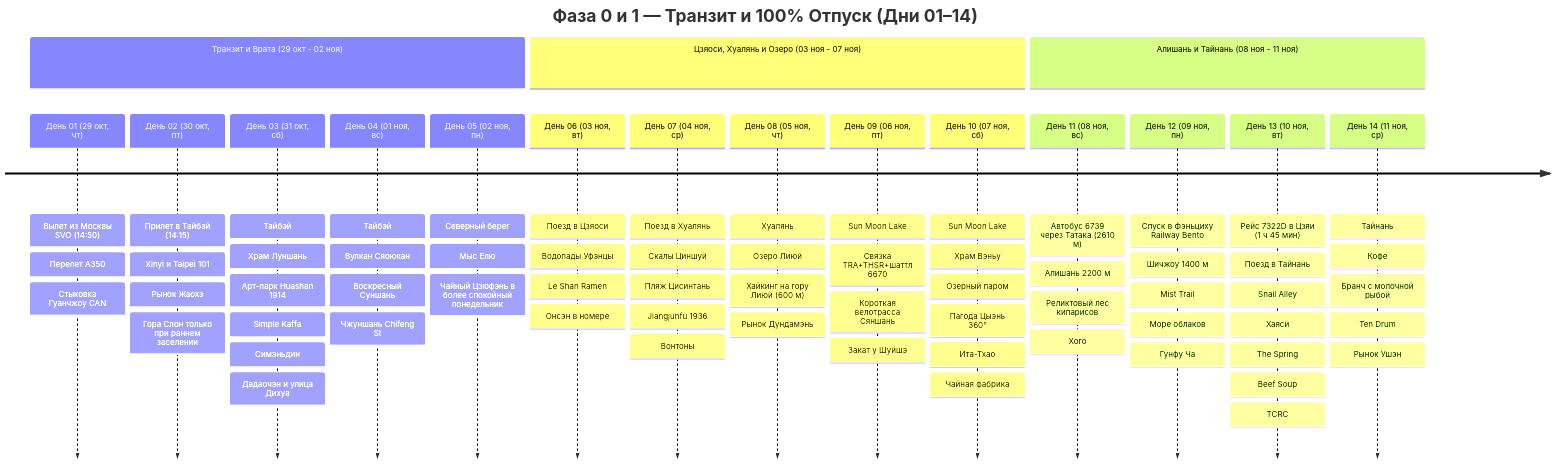
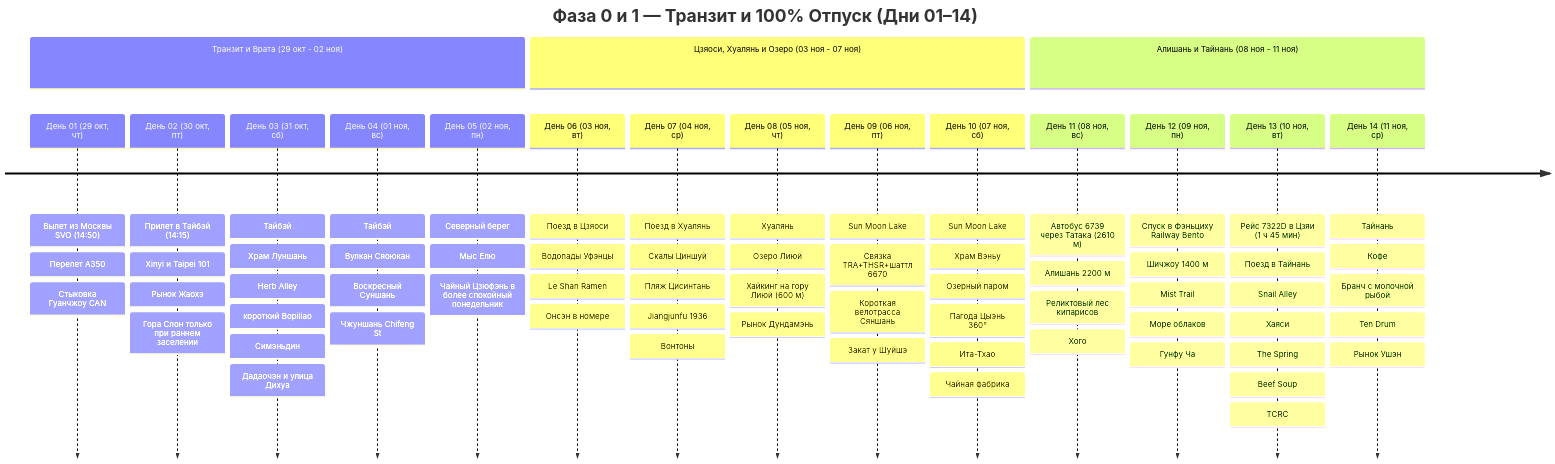
The first of 2 diagrams in Personal Note/Travel/-- Taiwan/Taiwan.md (injurka/obsidian-mark), drawn with Mermaid before and after one commit. The commit also changed other lines of this file and 7 other files, not shown here.

````diff
--- a/Personal Note/Travel/-- Taiwan/Taiwan.md
+++ b/Personal Note/Travel/-- Taiwan/Taiwan.md
@@ -52,21 +52,21 @@
 ```mermaid
 timeline
     title Фаза 0 и 1 — Транзит и 100% Отпуск (Дни 01–14)
     section Транзит и Врата (29 окт - 02 ноя)
         День 01 (29 окт, чт) : Вылет из Москвы SVO (14:50) : Перелет A350 : Стыковка Гуанчжоу CAN
         День 02 (30 окт, пт) : Прилет в Тайбэй (14:15) : Xinyi и Taipei 101 : Рынок Жаохэ : Гора Слон только при раннем заселении
-        День 03 (31 окт, сб) : Тайбэй : Храм Луншань : Арт-парк Huashan 1914 : Simple Kaffa : Симэньдин : Дадаочэн и улица Дихуа
+        День 03 (31 окт, сб) : Тайбэй : Храм Луншань : Herb Alley : короткий Bopiliao : Симэньдин : Дадаочэн и улица Дихуа
         День 04 (01 ноя, вс) : Тайбэй : Вулкан Сяоюкан : Воскресный Суншань : Чжуншань Chifeng St
         День 05 (02 ноя, пн) : Северный берег : Мыс Елю : Чайный Цзюфэнь в более спокойный понедельник
     section Цзяоси, Хуалянь и Озеро (03 ноя - 07 ноя)
         День 06 (03 ноя, вт) : Поезд в Цзяоси : Водопады Уфэнцы : Le Shan Ramen : Онсэн в номере
         День 07 (04 ноя, ср) : Поезд в Хуалянь : Скалы Циншуй : Пляж Цисинтань : Jiangjunfu 1936 : Вонтоны
         День 08 (05 ноя, чт) : Хуалянь : Озеро Лиюй : Хайкинг на гору Лиюй (600 м) : Рынок Дундамэнь
         День 09 (06 ноя, пт) : Sun Moon Lake : Связка TRA+THSR+шаттл 6670 : Короткая велотрасса Сяншань : Закат у Шуйшэ
         День 10 (07 ноя, сб) : Sun Moon Lake : Храм Вэньу : Озерный паром : Пагода Цыэнь 360° : Ита-Тхао : Чайная фабрика
     section Алишань и Тайнань (08 ноя - 11 ноя)
         День 11 (08 ноя, вс) : Автобус 6739 через Татака (2610 м) : Алишань 2200 м : Реликтовый лес кипарисов : Хого
         День 12 (09 ноя, пн) : Спуск в Фэньциху Railway Bento : Шичжоу 1400 м : Mist Trail : Море облаков : Гунфу Ча
         День 13 (10 ноя, вт) : Рейс 7322D в Цзяи (1 ч 45 мин) : Поезд в Тайнань : Snail Alley : Хаяси : The Spring : Beef Soup : TCRC
         День 14 (11 ноя, ср) : Тайнань : Кофе : Бранч с молочной рыбой : Ten Drum : Рынок Ушэн
 ```
````
